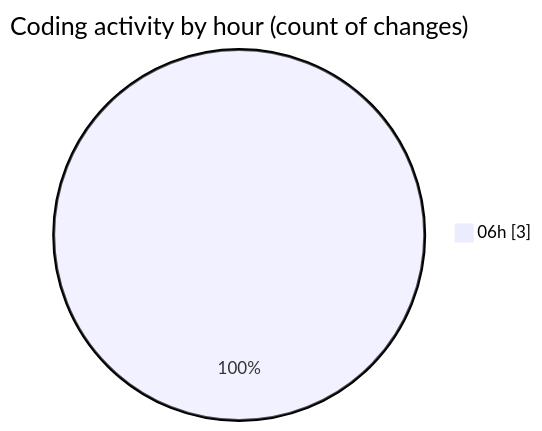
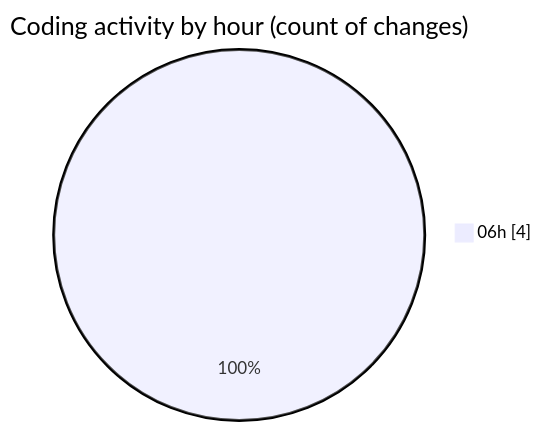
Before and after one commit to IJAZ3593/code-tracking: the second of 2 diagrams in 2025-10-25/ai/README.md, drawn with Mermaid. The commit also changed other lines of this file and 1 other file, not shown here.

````diff
--- a/2025-10-25/ai/README.md
+++ b/2025-10-25/ai/README.md
@@ -30,5 +30,5 @@
 ```mermaid
 pie showData
 title Coding activity by hour (count of changes)
-"06h" : 3
+"06h" : 4
 ```
````
